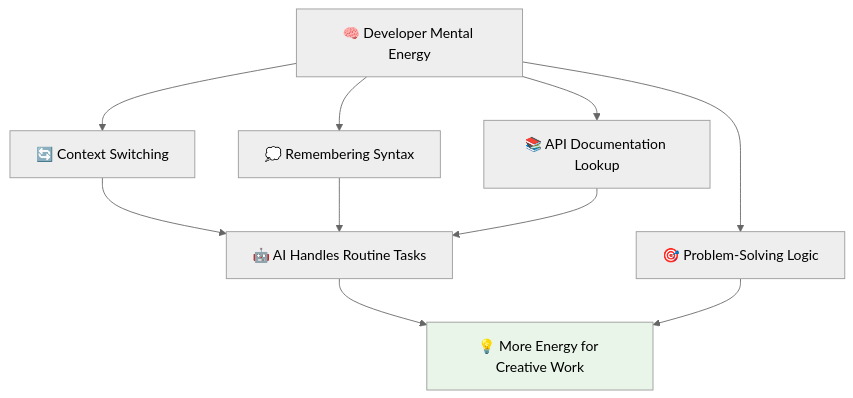
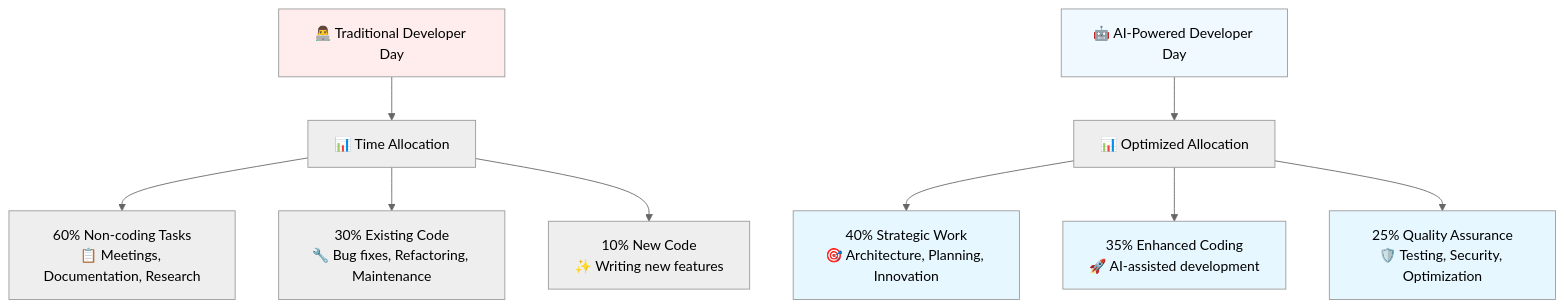
The third of 7 diagrams in docs/ai-dev-introduction.md (paulasilvatech/Code-AI-Dev), drawn with Mermaid (neutral theme) before and after one commit. The commit also changed other lines of this file and 4 other files, not shown here.

First line of the commit message:
Add Quick Start Guide for AI-Powered Development

````diff
--- a/docs/ai-dev-introduction.md
+++ b/docs/ai-dev-introduction.md
@@ -186,16 +237,20 @@
 ```mermaid
 graph TD
-    A[🧠 Developer Mental Energy] --> B[🔄 Context Switching]
-    A --> C[💭 Remembering Syntax]
-    A --> D[📚 API Documentation Lookup]
-    A --> E[🎯 Problem-Solving Logic]
+    A[👨‍💻 Traditional Developer Day] --> B[📊 Time Allocation]
     
-    B --> F[🤖 AI Handles Routine Tasks]
-    C --> F
-    D --> F
+    B --> C[60% Non-coding Tasks<br/>📋 Meetings, Documentation, Research]
+    B --> D[30% Existing Code<br/>🔧 Bug fixes, Refactoring, Maintenance]
+    B --> E[10% New Code<br/>✨ Writing new features]
     
-    F --> G[💡 More Energy for Creative Work]
-    E --> G
+    F[🤖 AI-Powered Developer Day] --> G[📊 Optimized Allocation]
     
-    style G fill:#e8f5e8
+    G --> H[40% Strategic Work<br/>🎯 Architecture, Planning, Innovation]
+    G --> I[35% Enhanced Coding<br/>🚀 AI-assisted development]
+    G --> J[25% Quality Assurance<br/>🛡️ Testing, Security, Optimization]
+    
+    style A fill:#ffecec
+    style F fill:#f0f9ff
+    style H fill:#e6f7ff
+    style I fill:#e6f7ff
+    style J fill:#e6f7ff
 ```
````
